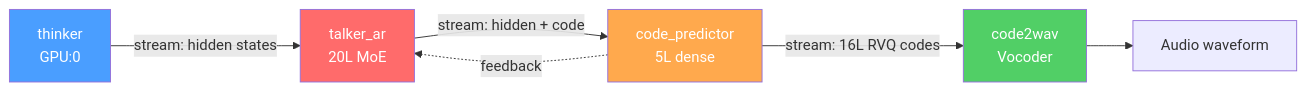
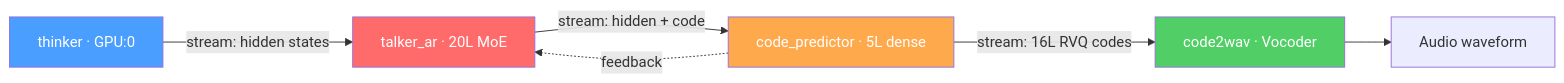
One commit to zhaochenyang20/Awesome-ML-SYS-Tutorial changed diagram 20 of 27 in sglang/sglang-omni/README.md. Above: the diagram before and after it, drawn with Mermaid. The commit also changed other lines of this file, not shown here.

First line of the commit message:
docs(sglang-omni): use single-line mermaid labels and redraw multi-model diagram with subgraphs

````diff
--- a/sglang/sglang-omni/README.md
+++ b/sglang/sglang-omni/README.md
@@ -859,15 +850,11 @@
 ```mermaid
 graph LR
-    Thinker["`thinker
-GPU:0`"] -- "stream: hidden states" --> TA["`talker_ar
-20L MoE`"] -- "stream: hidden + code" --> CP["`code_predictor
-5L dense`"] -- "stream: 16L RVQ codes" --> CW["`code2wav
-Vocoder`"]
+    Thinker["thinker · GPU:0"] -- "stream: hidden states" --> TA["talker_ar · 20L MoE"] -- "stream: hidden + code" --> CP["code_predictor · 5L dense"] -- "stream: 16L RVQ codes" --> CW["code2wav · Vocoder"]
     CP -. "feedback" .-> TA
     CW --> Audio["Audio waveform"]
 
     style Thinker fill:#4a9eff,color:#fff
     style TA fill:#ff6b6b,color:#fff
     style CP fill:#ffa94d,color:#fff
     style CW fill:#51cf66,color:#fff
 ```
````
